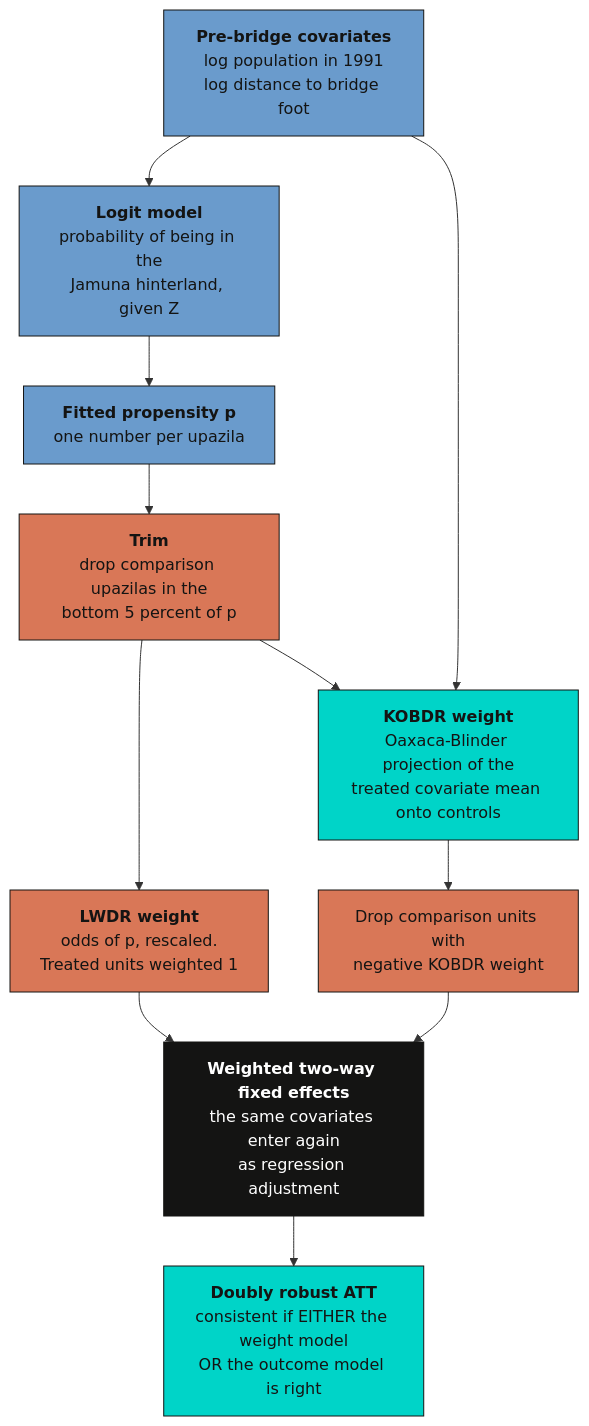
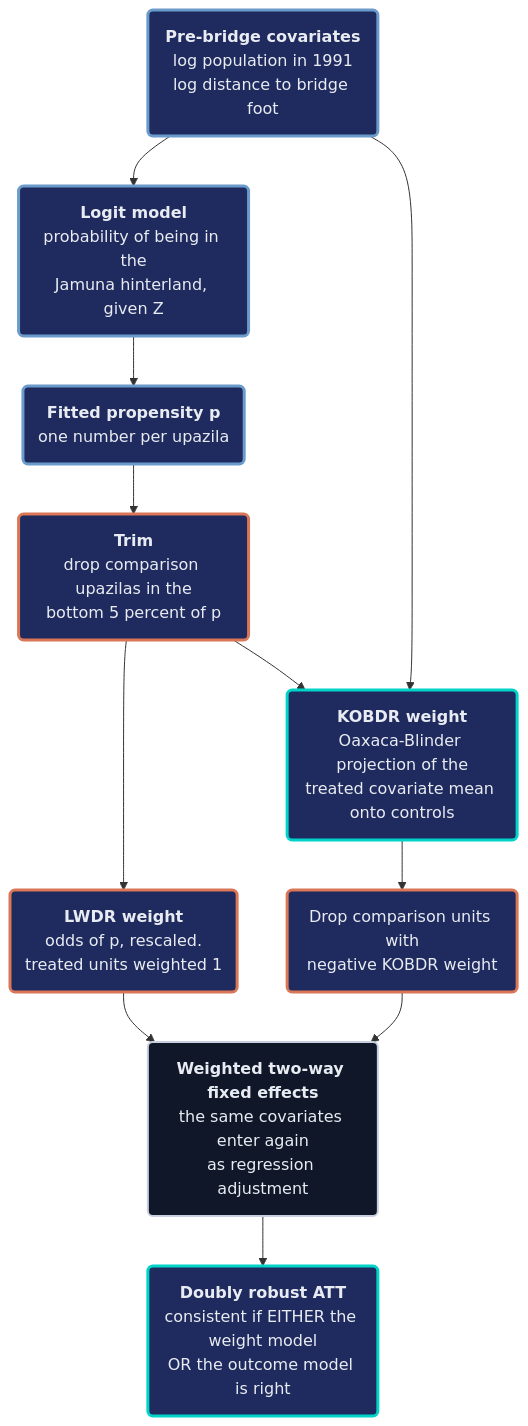
One commit to cmg777/starter-academic-v501 changed the fourth of 5 diagrams in content/post/python_bridge_impact/index.md. Above: the diagram before and after it, drawn with Mermaid. The commit also changed other lines of this file and 16 other files, not shown here.

First line of the commit message:
content(mermaid): restyle flowcharts in Python posts, batch 1 of 2

````diff
--- a/content/post/python_bridge_impact/index.md
+++ b/content/post/python_bridge_impact/index.md
@@ -1019,23 +1017,21 @@
 ```mermaid
 graph TD
-    Z["<b>Pre-bridge covariates</b><br/>log population in 1991<br/>log distance to bridge foot"] --> L["<b>Logit model</b><br/>probability of being in the<br/>Jamuna hinterland, given Z"]
-    L --> P["<b>Fitted propensity p</b><br/>one number per upazila"]
-    P --> TR["<b>Trim</b><br/>drop comparison upazilas in the<br/>bottom 5 percent of p"]
-    TR --> W1["<b>LWDR weight</b><br/>odds of p, rescaled.<br/>Treated units weighted 1"]
-    Z --> W2["<b>KOBDR weight</b><br/>Oaxaca-Blinder projection of the<br/>treated covariate mean onto controls"]
+    Z("<b>Pre-bridge covariates</b><br/>log population in 1991<br/>log distance to bridge foot") --> L("<b>Logit model</b><br/>probability of being in the<br/>Jamuna hinterland, given Z")
+    L --> P("<b>Fitted propensity p</b><br/>one number per upazila")
+    P --> TR("<b>Trim</b><br/>drop comparison upazilas in the<br/>bottom 5 percent of p")
+    TR --> W1("<b>LWDR weight</b><br/>odds of p, rescaled.<br/>treated units weighted 1")
+    Z --> W2("<b>KOBDR weight</b><br/>Oaxaca-Blinder projection of the<br/>treated covariate mean onto controls")
     TR --> W2
-    W2 --> NEG["Drop comparison units with<br/>negative KOBDR weight"]
-    W1 --> REG["<b>Weighted two-way fixed effects</b><br/>the same covariates enter again<br/>as regression adjustment"]
+    W2 --> NEG("Drop comparison units with<br/>negative KOBDR weight")
+    W1 --> REG("<b>Weighted two-way fixed effects</b><br/>the same covariates enter again<br/>as regression adjustment")
     NEG --> REG
-    REG --> DR["<b>Doubly robust ATT</b><br/>consistent if EITHER the weight model<br/>OR the outcome model is right"]
-
-    style Z fill:#6a9bcc,stroke:#141413,color:#141413
-    style L fill:#6a9bcc,stroke:#141413,color:#141413
-    style P fill:#6a9bcc,stroke:#141413,color:#141413
-    style TR fill:#d97757,stroke:#141413,color:#141413
-    style W1 fill:#d97757,stroke:#141413,color:#141413
-    style NEG fill:#d97757,stroke:#141413,color:#141413
-    style W2 fill:#00d4c8,stroke:#141413,color:#141413
-    style REG fill:#141413,stroke:#141413,color:#fff
-    style DR fill:#00d4c8,stroke:#141413,color:#141413
+    REG --> DR("<b>Doubly robust ATT</b><br/>consistent if EITHER the weight model<br/>OR the outcome model is right")
+    classDef blue fill:#1f2b5e,stroke:#6a9bcc,stroke-width:3px,color:#e8ecf2
+    classDef orange fill:#1f2b5e,stroke:#d97757,stroke-width:3px,color:#e8ecf2
+    classDef teal fill:#1f2b5e,stroke:#00d4c8,stroke-width:3px,color:#e8ecf2
+    classDef anchor fill:#0f1729,stroke:#c8d0e0,stroke-width:2px,color:#e8ecf2
+    class Z,L,P blue
+    class TR,W1,NEG orange
+    class W2,DR teal
+    class REG anchor
 ```
````
